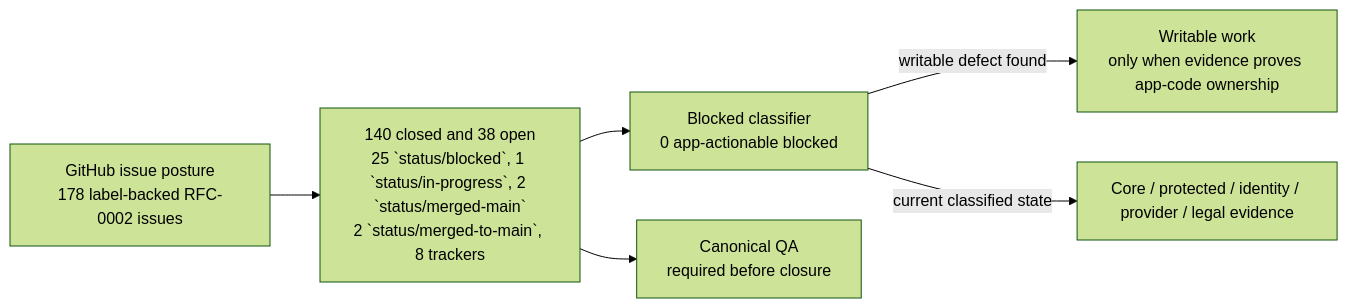
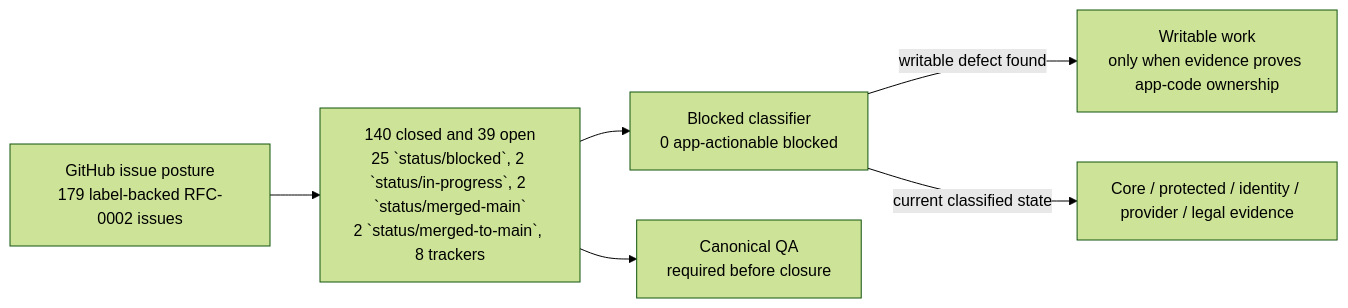
The first of 2 diagrams in wiki/RFC-0002-Execution-Status.md (sgajbi/lotus-idea), drawn with Mermaid (forest theme) before and after one commit. The commit also changed other lines of this file and 10 other files, not shown here.

Commit message:
test(rfc0002): refactor readiness blocked posture test

````diff
--- a/wiki/RFC-0002-Execution-Status.md
+++ b/wiki/RFC-0002-Execution-Status.md
@@ -39,15 +39,15 @@
 ```mermaid
 flowchart LR
-    Issues["GitHub issue posture<br/>178 label-backed RFC-0002 issues"]
-    Open["140 closed and 38 open<br/>25 `status/blocked`, 1 `status/in-progress`, 2 `status/merged-main`<br/>2 `status/merged-to-main`, 8 trackers"]
+    Issues["GitHub issue posture<br/>179 label-backed RFC-0002 issues"]
+    Open["140 closed and 39 open<br/>25 `status/blocked`, 2 `status/in-progress`, 2 `status/merged-main`<br/>2 `status/merged-to-main`, 8 trackers"]
     Blocked["Blocked classifier<br/>0 app-actionable blocked"]
     Work["Writable work<br/>only when evidence proves app-code ownership"]
     External["Core / protected / identity / provider / legal evidence"]
     QA["Canonical QA<br/>required before closure"]
 
     Issues --> Open
     Open --> Blocked
     Blocked -->|"writable defect found"| Work
     Blocked -->|"current classified state"| External
     Open --> QA
 ```
````
